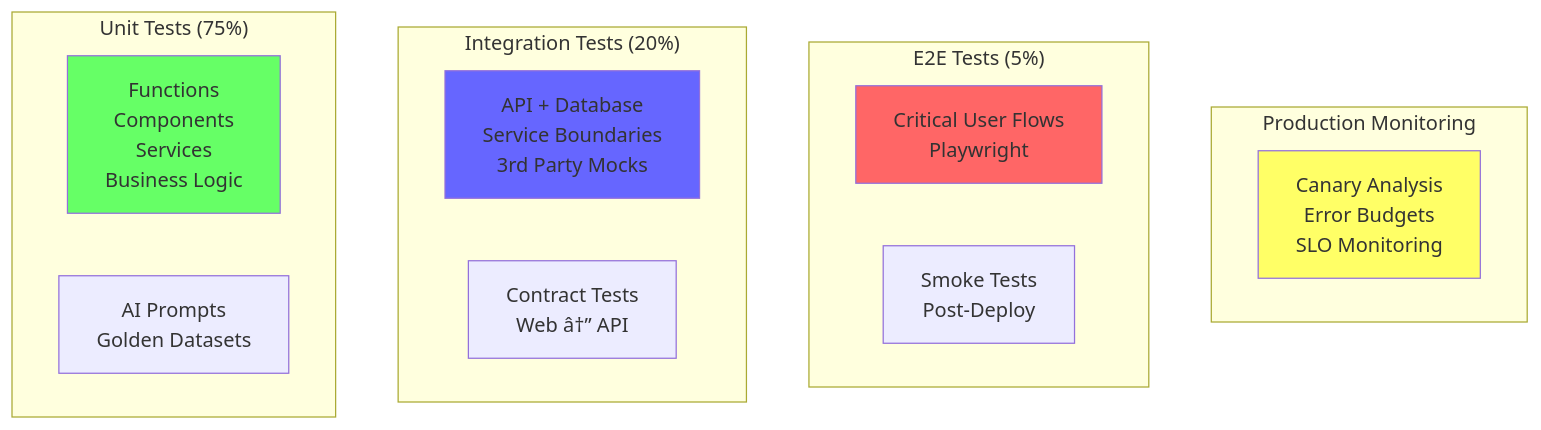
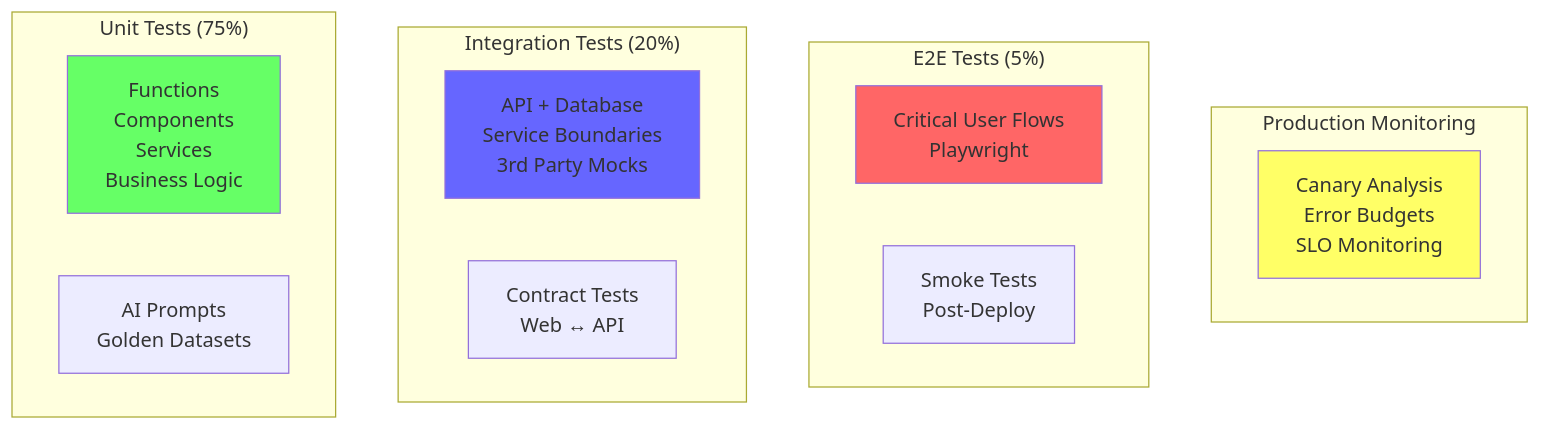
One commit to Driftloom/Vaeloom changed the diagram in Docs/Testing/Testing-Strategy.md. Above: the diagram before and after it, drawn with Mermaid. The commit also changed other lines of this file and 11 other files, not shown here.

````diff
--- a/Docs/Testing/Testing-Strategy.md
+++ b/Docs/Testing/Testing-Strategy.md
@@ -19,26 +19,26 @@
 ```mermaid
 graph TB
     subgraph "Production Monitoring"
         PM[Canary Analysis<br/>Error Budgets<br/>SLO Monitoring]
     end
     
     subgraph "E2E Tests (5%)"
         E2E[Critical User Flows<br/>Playwright]
         Smoke[Smoke Tests<br/>Post-Deploy]
     end
     
     subgraph "Integration Tests (20%)"
         IT[API + Database<br/>Service Boundaries<br/>3rd Party Mocks]
-        CT[Contract Tests<br/>Web â†” API]
+        CT[Contract Tests<br/>Web ↔ API]
     end
     
     subgraph "Unit Tests (75%)"
         UT[Functions<br/>Components<br/>Services<br/>Business Logic]
         PT[AI Prompts<br/>Golden Datasets]
     end
     
     style PM fill:#ff6
     style E2E fill:#f66
     style IT fill:#66f
     style UT fill:#6f6
 ```
````
